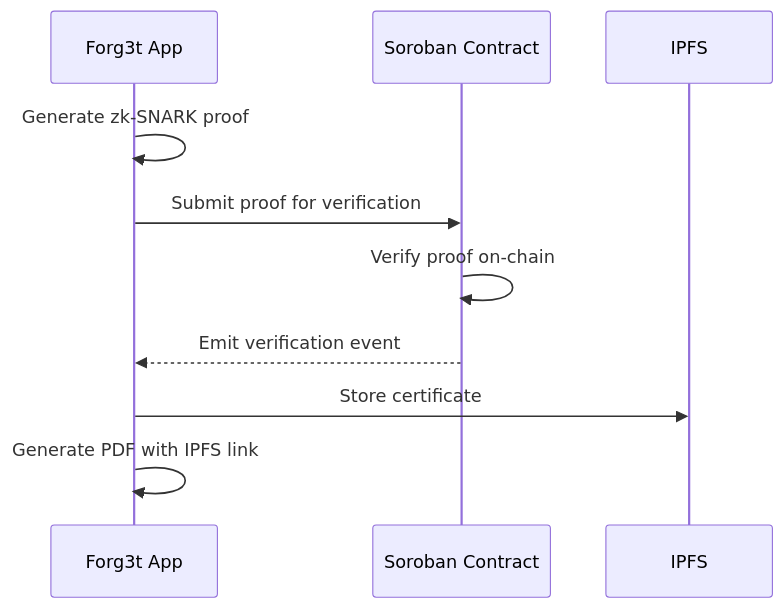
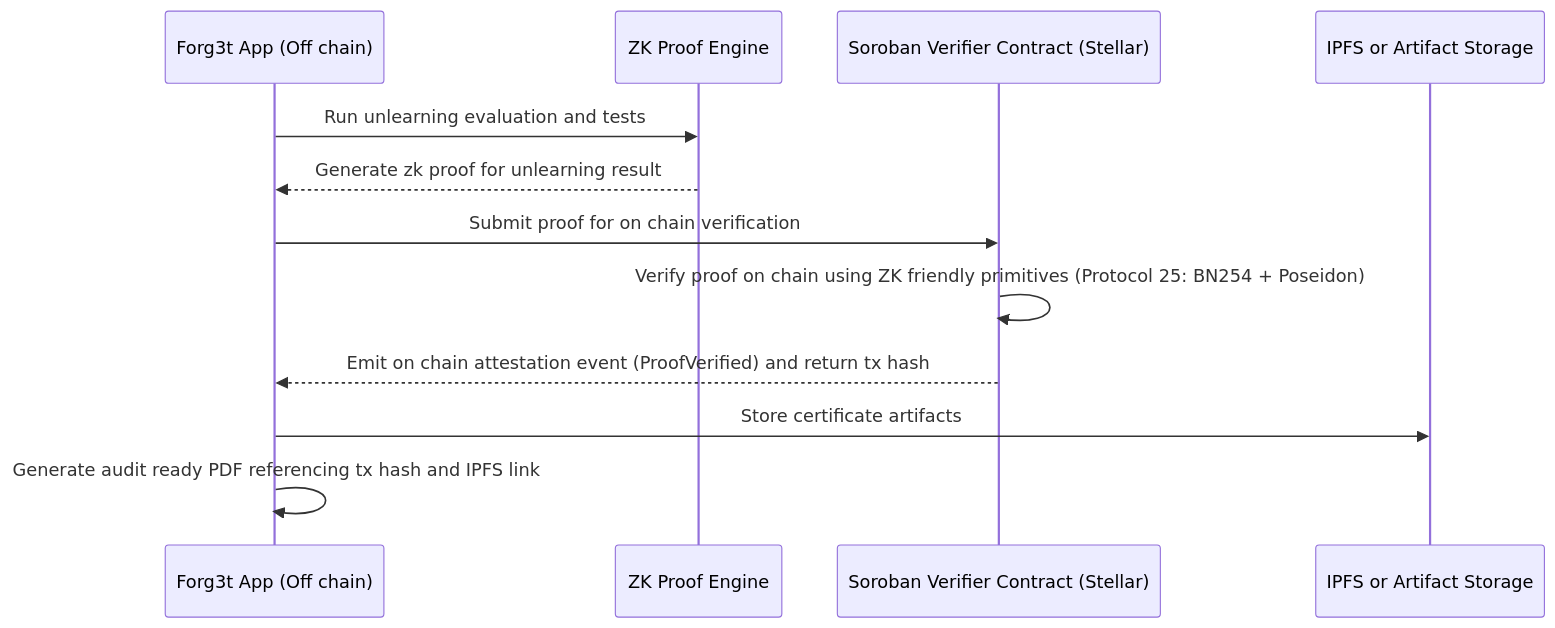
The first of 2 diagrams in README.md (Alvinagile/Forg3t-Protocol-MVP), drawn with Mermaid before and after one commit. The commit also changed other lines of this file, not shown here.

Commit message:
docs: clarify off chain vs on chain Stellar verification flow

````diff
--- a/README.md
+++ b/README.md
@@ -24,12 +26,17 @@
 ```mermaid
 sequenceDiagram
-    participant A as Forg3t App
-    participant S as Soroban Contract
-    participant I as IPFS
-    A->>A: Generate zk-SNARK proof
-    A->>S: Submit proof for verification
-    S->>S: Verify proof on-chain
-    S-->>A: Emit verification event
-    A->>I: Store certificate
-    A->>A: Generate PDF with IPFS link
+    participant A as Forg3t App (Off chain)
+    participant Z as ZK Proof Engine
+    participant S as Soroban Verifier Contract (Stellar)
+    participant I as IPFS or Artifact Storage
+
+    A->>Z: Run unlearning evaluation and tests
+    Z-->>A: Generate zk proof for unlearning result
+
+    A->>S: Submit proof for on chain verification
+    S->>S: Verify proof on chain using ZK friendly primitives (Protocol 25: BN254 + Poseidon)
+    S-->>A: Emit on chain attestation event (ProofVerified) and return tx hash
+
+    A->>I: Store certificate artifacts
+    A->>A: Generate audit ready PDF referencing tx hash and IPFS link
 ```
````
